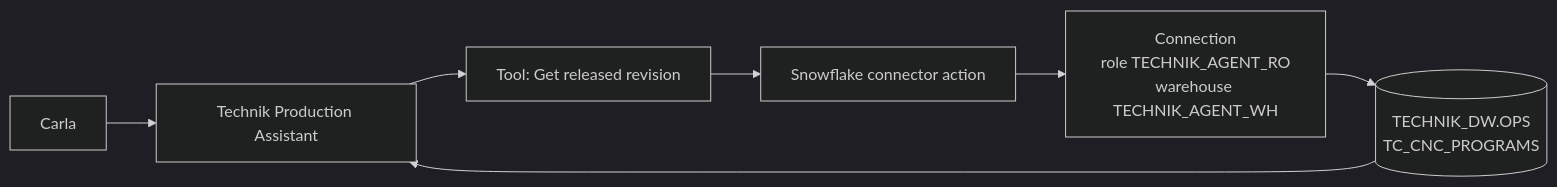
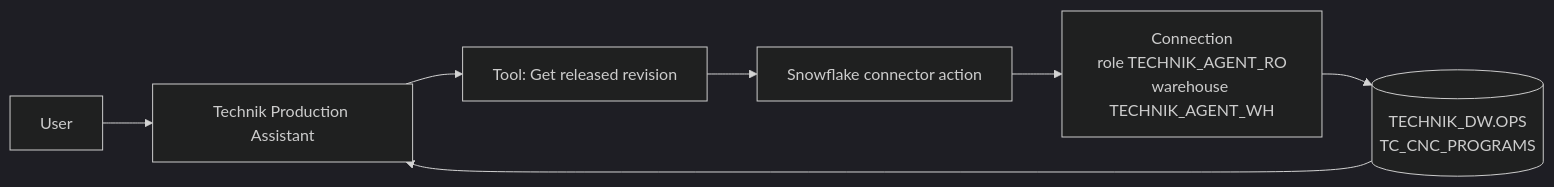
Before and after one commit to matheus-sancha/AI-Academy: the diagram in _source/course/B7/connectors.md, drawn with Mermaid (dark theme). The commit also changed other lines of this file and 11 other files, not shown here.

````diff
--- a/_source/course/B7/connectors.md
+++ b/_source/course/B7/connectors.md
@@ -81,9 +81,9 @@
 ```mermaid
 flowchart LR
-  A[Carla] --> B[Technik Production Assistant]
+  A[User] --> B[Technik Production Assistant]
   B --> C["Tool: Get released revision"]
   C --> D[Snowflake connector action]
   D --> E["Connection<br/>role TECHNIK_AGENT_RO<br/>warehouse TECHNIK_AGENT_WH"]
   E --> F[("TECHNIK_DW.OPS<br/>TC_CNC_PROGRAMS")]
   F --> B
 ```
````
